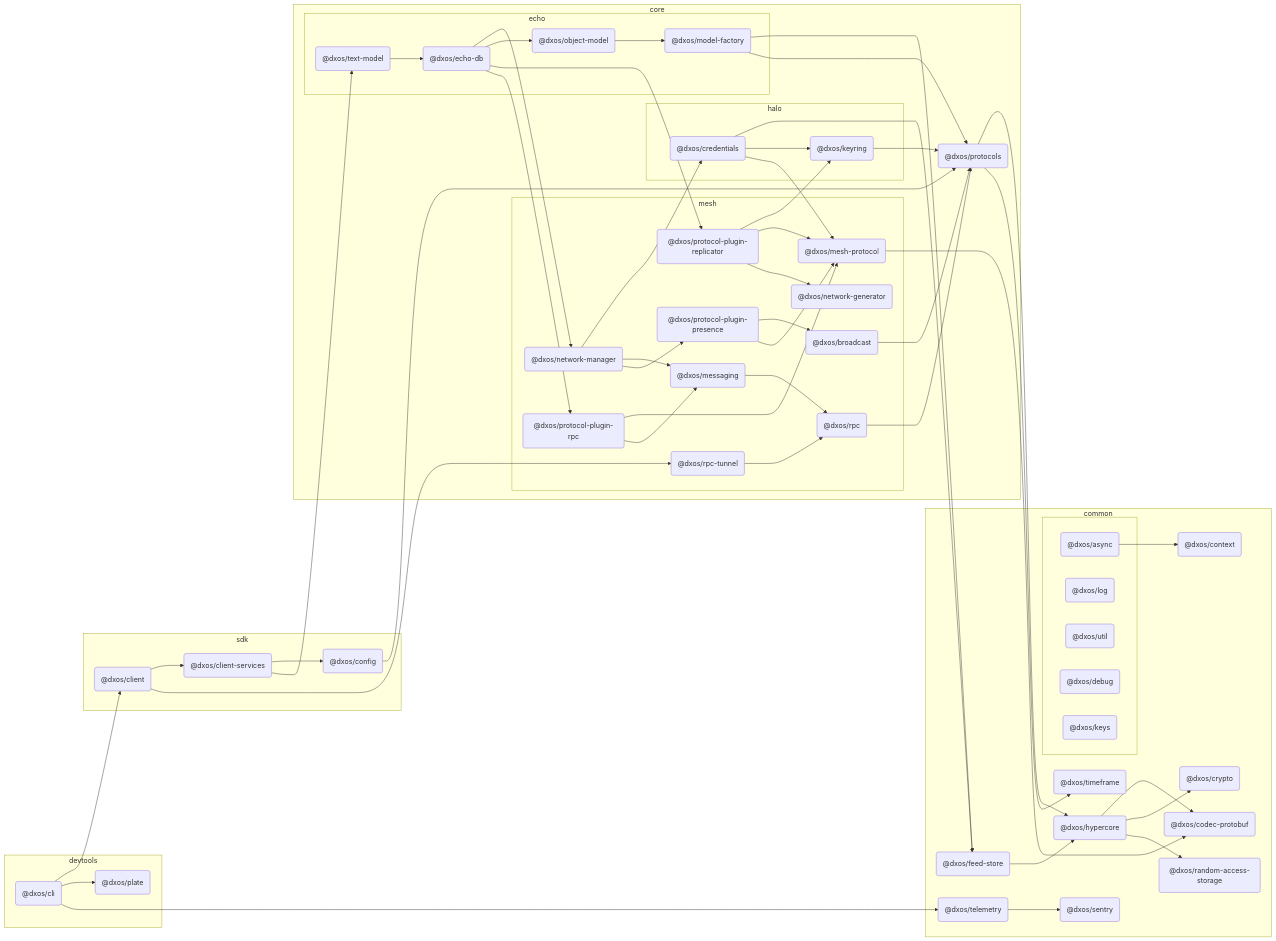
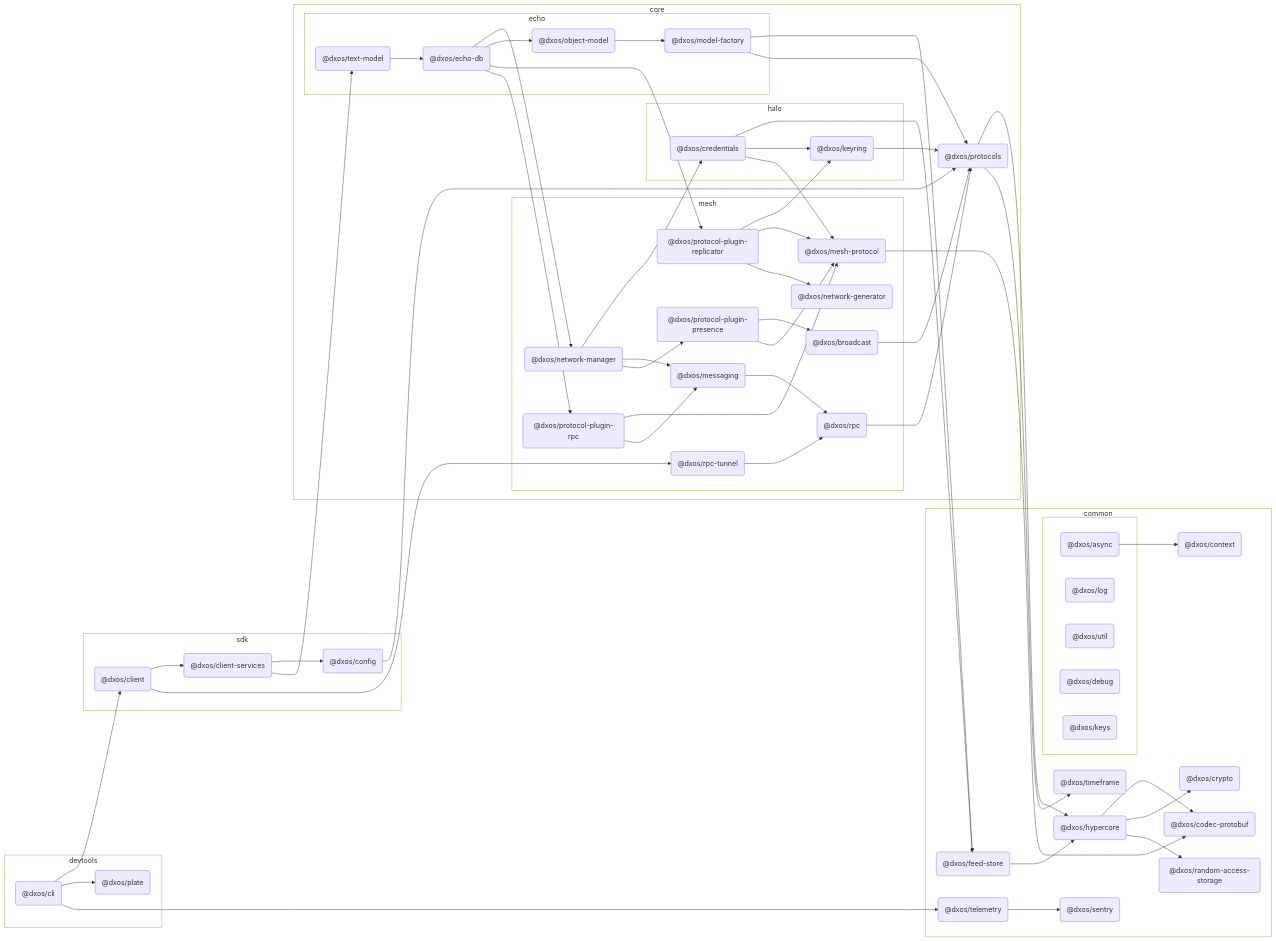
Before and after one commit to dxos/dxos: the diagram in packages/devtools/cli/docs/README.md, drawn with Mermaid. The commit also changed 80 other files, not shown here.

```diff
--- a/packages/devtools/cli/docs/README.md
+++ b/packages/devtools/cli/docs/README.md
@@ -9,9 +9,14 @@
 
 flowchart LR
 
+%% Classes
+
+
+
 %% Nodes
 
 subgraph devtools [devtools]
+  style devtools fill:transparent
   dxos/cli("@dxos/cli"):::root
   click dxos/cli "dxos/dxos/tree/main/packages/devtools/cli/docs"
   dxos/plate("@dxos/plate"):::def
@@ -19,6 +24,7 @@
 end
 
 subgraph common [common]
+  style common fill:transparent
   dxos/context("@dxos/context"):::def
   click dxos/context "dxos/dxos/tree/main/packages/common/context/docs"
   dxos/codec-protobuf("@dxos/codec-protobuf"):::def
@@ -39,6 +45,7 @@
   click dxos/telemetry "dxos/dxos/tree/main/packages/common/telemetry/docs"
 
   subgraph _ [ ]
+    style _ fill:transparent
     dxos/async("@dxos/async"):::def
     click dxos/async "dxos/dxos/tree/main/packages/common/async/docs"
     dxos/log("@dxos/log"):::def
@@ -53,6 +60,7 @@
 end
 
 subgraph sdk [sdk]
+  style sdk fill:transparent
   dxos/client("@dxos/client"):::def
   click dxos/client "dxos/dxos/tree/main/packages/sdk/client/docs"
   dxos/client-services("@dxos/client-services"):::def
@@ -62,10 +70,12 @@
 end
 
 subgraph core [core]
+  style core fill:transparent
   dxos/protocols("@dxos/protocols"):::def
   click dxos/protocols "dxos/dxos/tree/main/packages/core/protocols/docs"
 
   subgraph halo [halo]
+    style halo fill:transparent
     dxos/credentials("@dxos/credentials"):::def
     click dxos/credentials "dxos/dxos/tree/main/packages/core/halo/credentials/docs"
     dxos/keyring("@dxos/keyring"):::def
@@ -73,6 +83,7 @@
   end
 
   subgraph mesh [mesh]
+    style mesh fill:transparent
     dxos/mesh-protocol("@dxos/mesh-protocol"):::def
     click dxos/mesh-protocol "dxos/dxos/tree/main/packages/core/mesh/mesh-protocol/docs"
     dxos/messaging("@dxos/messaging"):::def
@@ -96,6 +107,7 @@
   end
 
   subgraph echo [echo]
+    style echo fill:transparent
     dxos/echo-db("@dxos/echo-db"):::def
     click dxos/echo-db "dxos/dxos/tree/main/packages/core/echo/echo-db/docs"
     dxos/model-factory("@dxos/model-factory"):::def
@@ -108,7 +120,6 @@
 end
 
 %% Links
-linkStyle default stroke:#333,stroke-width:1px
 dxos/async --> dxos/context
 dxos/cli --> dxos/client
 dxos/client --> dxos/client-services
```
